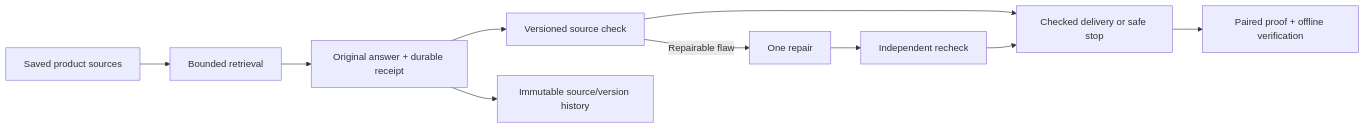
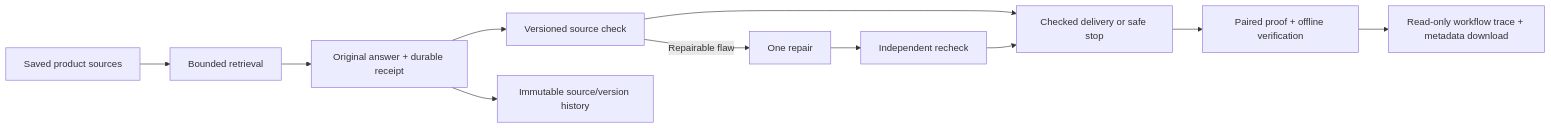
The diagram in README.md (jayeshsuyal/ablatrix), drawn with Mermaid before and after one commit. The commit also changed other lines of this file and 11 other files, not shown here.

````diff
--- a/README.md
+++ b/README.md
@@ -43,12 +44,13 @@
 ```mermaid
 flowchart LR
   A[Saved product sources] --> B[Bounded retrieval]
   B --> C[Original answer + durable receipt]
   C --> D[Versioned source check]
   D -->|Repairable flaw| E[One repair]
   E --> F[Independent recheck]
   D --> G[Checked delivery or safe stop]
   F --> G
   C --> H[Immutable source/version history]
   G --> I[Paired proof + offline verification]
+  I --> J[Read-only workflow trace + metadata download]
 ```
````
